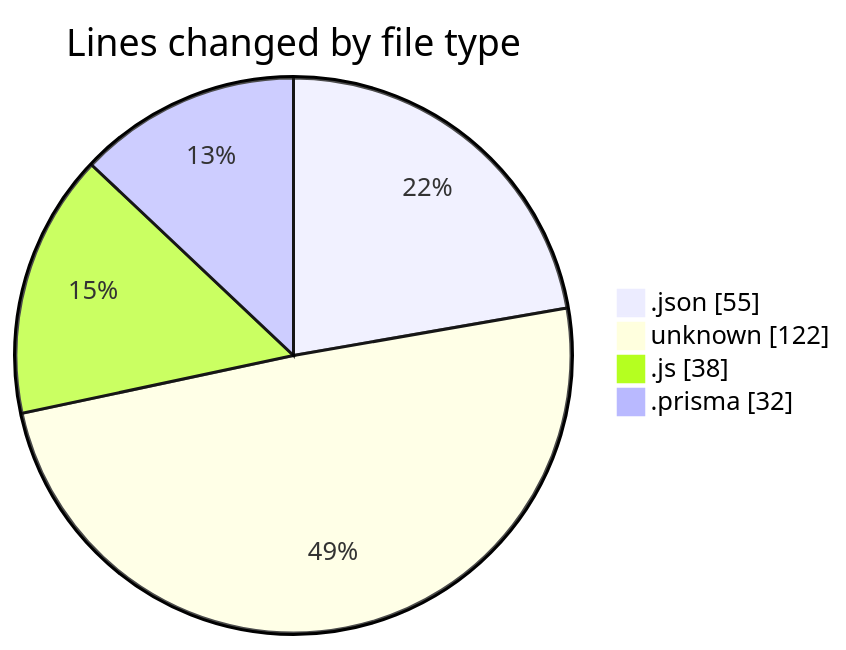
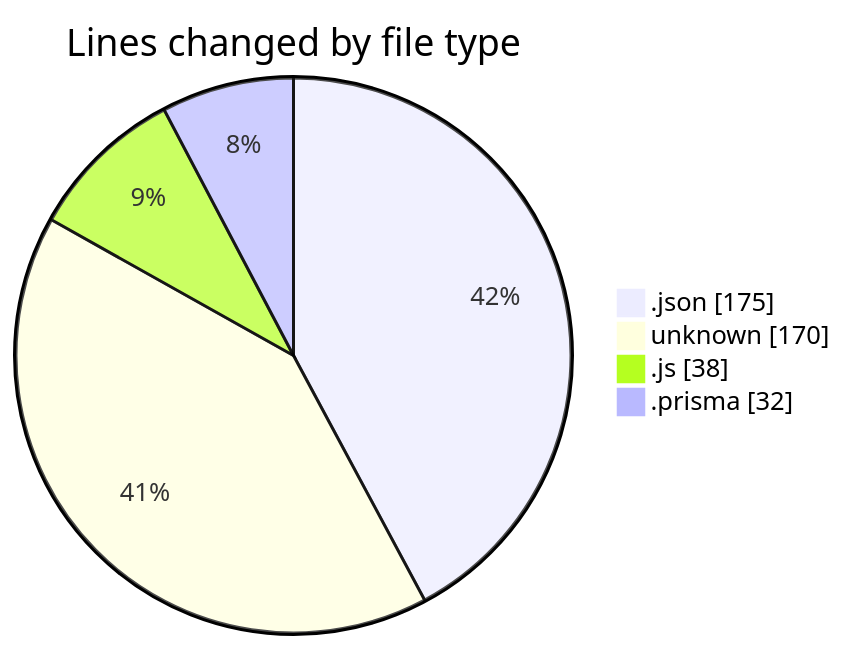
One commit to momahboobian/code-tracking changed the first of 2 diagrams in 2025-01-30/good-pr/README.md. Above: the diagram before and after it, drawn with Mermaid. The commit also changed other lines of this file and 1 other file, not shown here.

````diff
--- a/2025-01-30/good-pr/README.md
+++ b/2025-01-30/good-pr/README.md
@@ -25,8 +26,8 @@
 ```mermaid
 pie showData
 title Lines changed by file type
-".json" : 55
-"unknown" : 122
+".json" : 175
+"unknown" : 170
 ".js" : 38
 ".prisma" : 32
 ```
````
